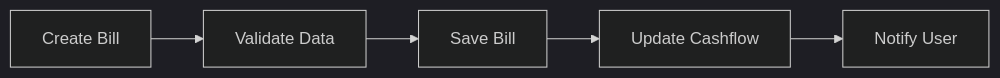
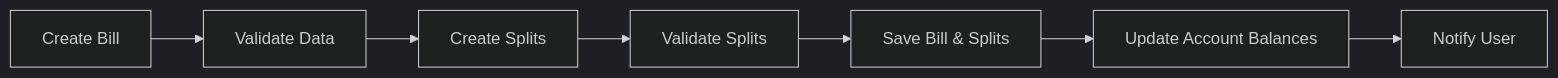
The second of 4 diagrams in docs/system_patterns.md (AstroMined/debtonator), drawn with Mermaid (dark theme) before and after one commit. The commit also changed other lines of this file and 29 other files, not shown here.

````diff
--- a/docs/system_patterns.md
+++ b/docs/system_patterns.md
@@ -75,7 +97,9 @@
 ```mermaid
 graph LR
     A[Create Bill] --> B[Validate Data]
-    B --> C[Save Bill]
-    C --> D[Update Cashflow]
-    D --> E[Notify User]
+    B --> C[Create Splits]
+    C --> D[Validate Splits]
+    D --> E[Save Bill & Splits]
+    E --> F[Update Account Balances]
+    F --> G[Notify User]
 ```
````
